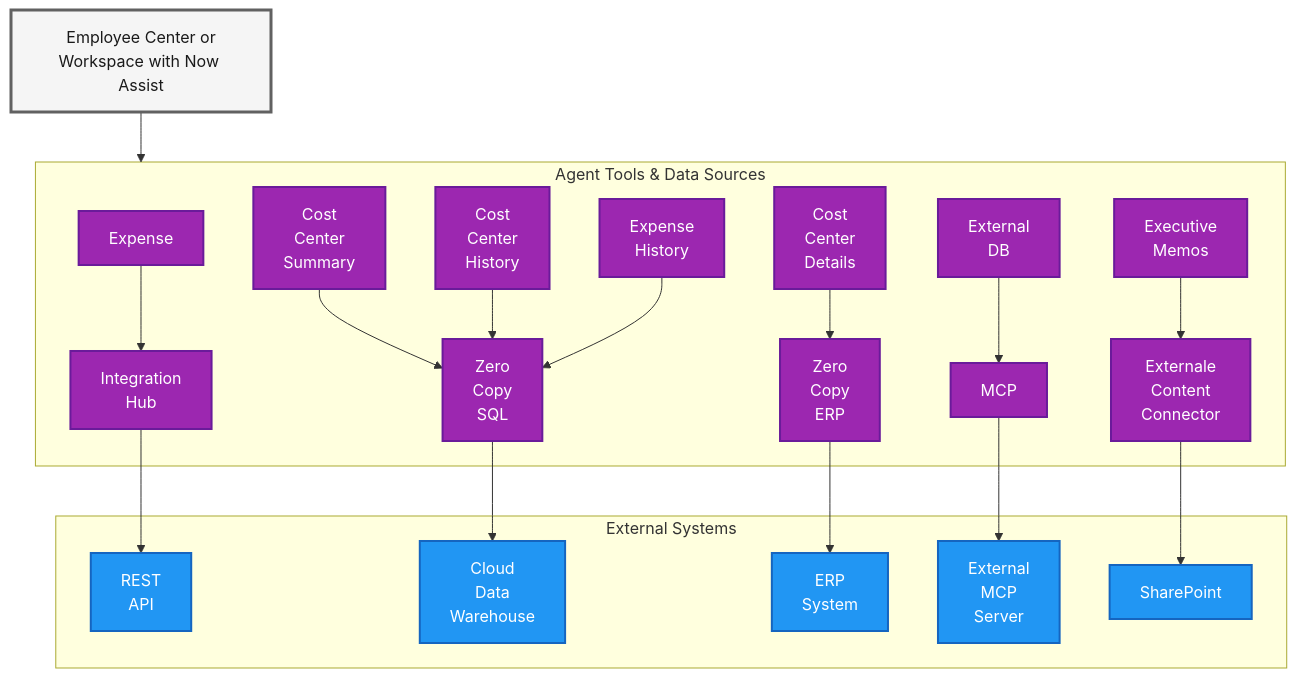
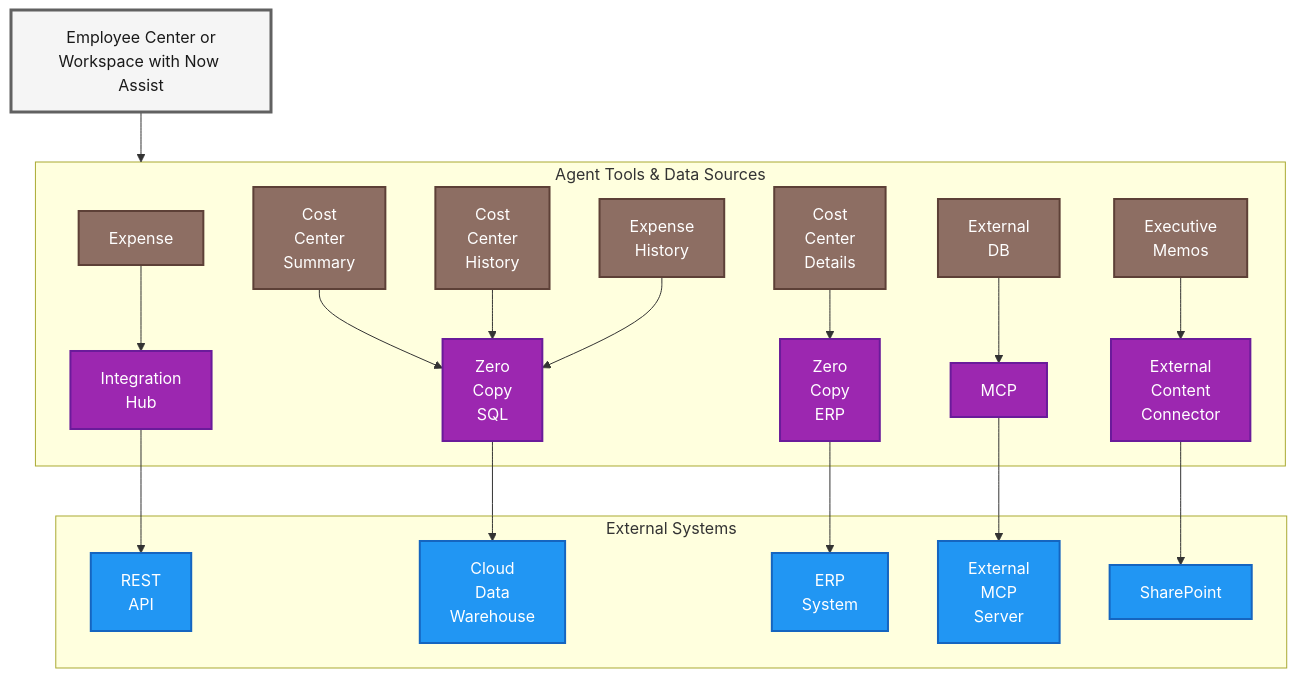
The diagram in other-diagrams/outcome-agent-flow.md (leojacinto/WorkflowDataFabric-TypeB), drawn with Mermaid before and after one commit. The commit also changed 19 other files, not shown here.

Commit message:
Add 3-layer structure with brown Data nodes, purple WDF tools, fix typo, update legends (skip Doc Intelligence)

````diff
--- a/other-diagrams/outcome-agent-flow.md
+++ b/other-diagrams/outcome-agent-flow.md
@@ -5,51 +5,52 @@
 ```mermaid
 graph TD
 
     EC[Employee Center or<br/>Workspace with Now Assist]
   
     subgraph TOOLS["Agent Tools & Data Sources"]
         T1["Expense"]
         T2["Cost<br/>Center<br/>Details"]
         T3["Cost<br/>Center<br/>Summary"]        
         T4["Cost<br/>Center<br/>History"]
         T5["Expense<br/>History"]
         T6["External<br/>DB"]
         T7["Executive<br/>Memos"]
         S1["Integration<br>Hub"]
         S2["Zero<br/>Copy<br/>ERP"]
         S3["Zero<br/>Copy<br/>SQL"]        
         S6["MCP"]
-        S7["Externale<br/>Content<br/>Connector"]
+        S7["External<br/>Content<br/>Connector"]
     end
 
     subgraph EXT["External Systems"]
         API["REST<br/>API"]
         CDW["Cloud<br/>Data<br/>Warehouse"]
         ERP["ERP<br>System"]
         MCP_EXT["External<br/>MCP<br/>Server"]
         SharePoint["SharePoint"]
     end
     
     EC --> TOOLS
     T1 --> S1 --> API
     T2 --> S2 --> ERP
     T3 --> S3 --> CDW
     T4 --> S3 
     T5 --> S3 
     T6 --> S6 --> MCP_EXT
     T7 --> S7 --> SharePoint
     
   
 
     %% Styling
     classDef external fill:#2196F3,stroke:#1565C0,stroke-width:2px,color:#fff
     classDef user fill:#F5F5F5,stroke:#616161,stroke-width:3px,color:#1a1a1a
     classDef nowassist fill:#FFB300,stroke:#F57F17,stroke-width:2px,color:#1a1a1a
     classDef wdf fill:#9C27B0,stroke:#6A1B9A,stroke-width:2px,color:#fff
+    classDef data fill:#8D6E63,stroke:#5D4037,stroke-width:2px,color:#fff
     classDef user fill:#F5F5F5,stroke:#616161,stroke-width:3px,color:#1a1a1a
 
     class API,CDW,ERP,MCP_EXT,SharePoint external
-    class Agent,RAG nowassist
-    class T1,T2,T3,T4,T5,T6,T7,T8,S1,S2,S3,S6,S7 wdf
+    class S1,S2,S3,S6,S7 wdf
+    class T1,T2,T3,T4,T5,T6,T7 data
     class EC user
 ```
````
